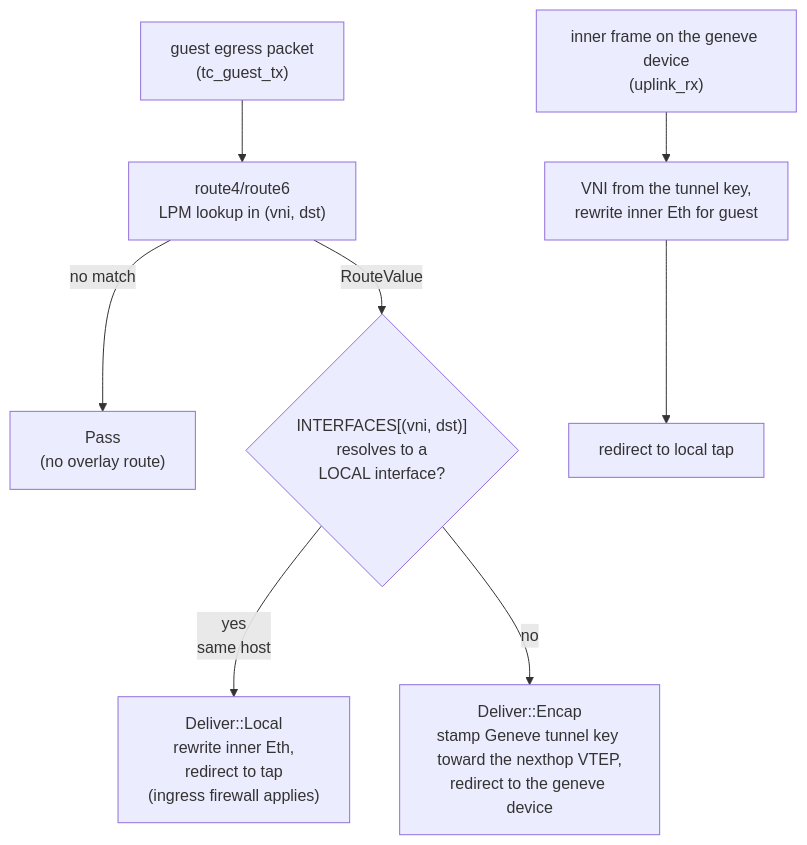
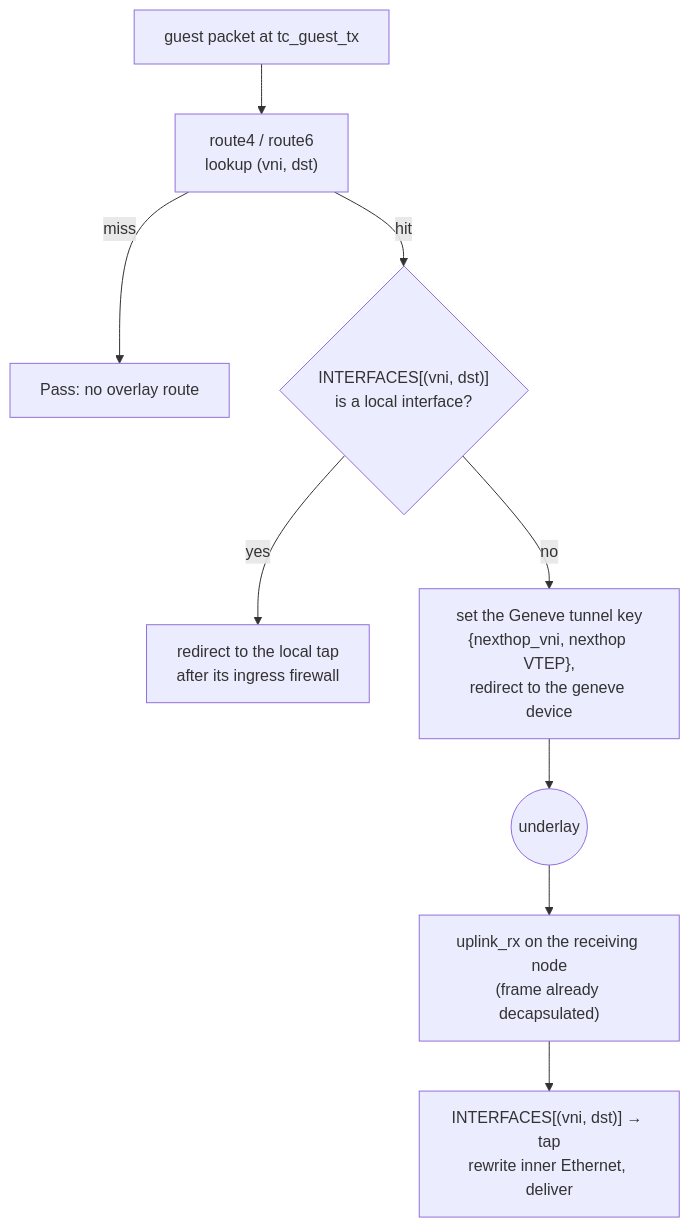
One commit to trevex/ectobase changed the second of 2 diagrams in docs/features/routing-vni.md. Above: the diagram before and after it, drawn with Mermaid. The commit also changed other lines of this file and 57 other files, not shown here.

First line of the commit message:
docs: rework concepts, architecture, networking, operating, reference and contributing

````diff
--- a/docs/features/routing-vni.md
+++ b/docs/features/routing-vni.md
@@ -56,11 +80,11 @@
 ```mermaid
 flowchart TD
-    tx["guest egress packet<br/>(tc_guest_tx)"] --> lookup["route4/route6<br/>LPM lookup in (vni, dst)"]
-    lookup -->|no match| pass["Pass<br/>(no overlay route)"]
-    lookup -->|RouteValue| deliver{"INTERFACES[(vni, dst)]<br/>resolves to a<br/>LOCAL interface?"}
-    deliver -->|yes<br/>same host| local["Deliver::Local<br/>rewrite inner Eth,<br/>redirect to tap<br/>(ingress firewall applies)"]
-    deliver -->|no| encap["Deliver::Encap<br/>stamp Geneve tunnel key toward the nexthop VTEP,<br/>redirect to the geneve device"]
-
-    rx["inner frame on the geneve device<br/>(uplink_rx)"] --> decap["VNI from the tunnel key,<br/>rewrite inner Eth for guest"]
-    decap --> redirect["redirect to local tap"]
+    tx["guest packet at tc_guest_tx"] --> lookup["route4 / route6<br/>lookup (vni, dst)"]
+    lookup -->|miss| pass["Pass: no overlay route"]
+    lookup -->|hit| local{"INTERFACES[(vni, dst)]<br/>is a local interface?"}
+    local -->|yes| deliver["redirect to the local tap<br/>after its ingress firewall"]
+    local -->|no| encap["set the Geneve tunnel key<br/>{nexthop_vni, nexthop VTEP},<br/>redirect to the geneve device"]
+    encap --> wire(("underlay"))
+    wire --> rx["uplink_rx on the receiving node<br/>(frame already decapsulated)"]
+    rx --> demux["INTERFACES[(vni, dst)] → tap<br/>rewrite inner Ethernet, deliver"]
 ```
````
